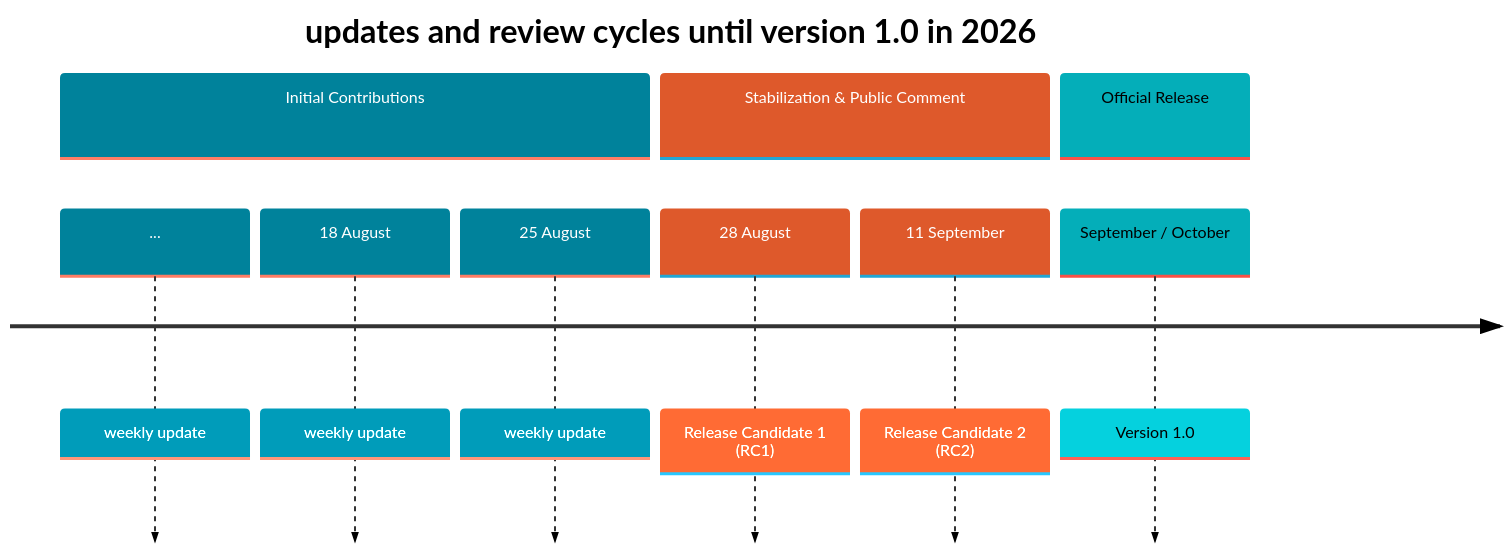
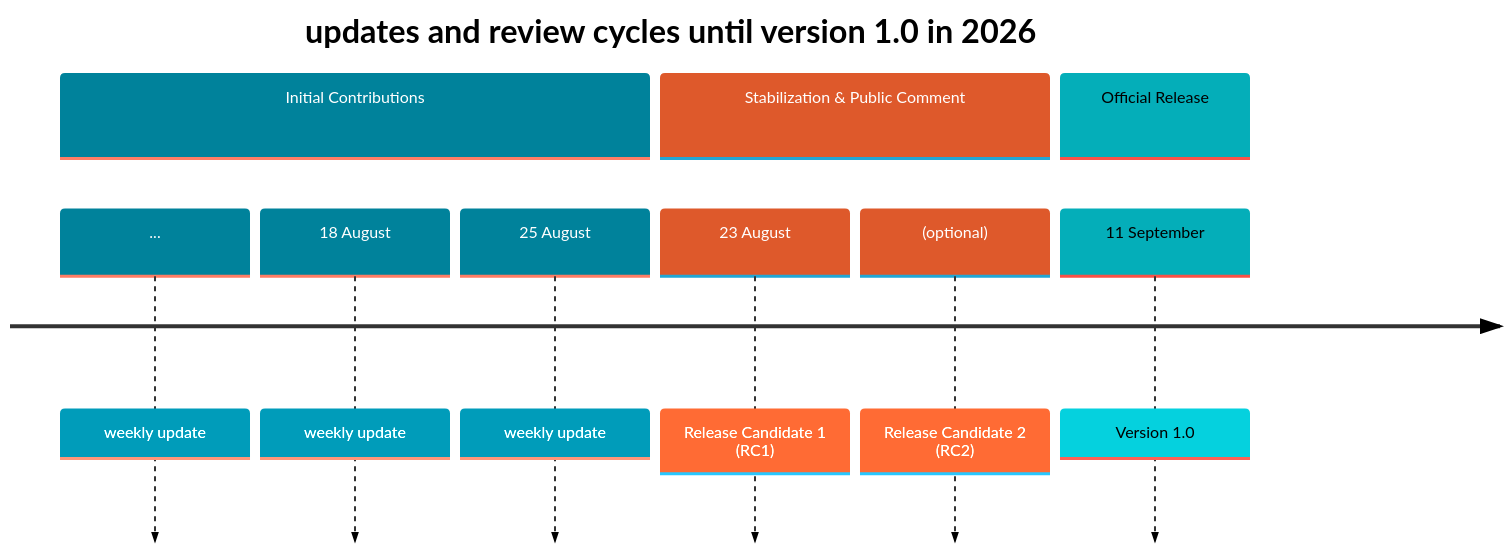
One commit to OpenChain-Project/CRA-Compliance changed the second of 2 diagrams in CONTRIBUTING.md. Above: the diagram before and after it, drawn with Mermaid.

````diff
--- a/CONTRIBUTING.md
+++ b/CONTRIBUTING.md
@@ -81,25 +81,25 @@
 ```mermaid
 ---
 config:
    theme: 'neutral'
    themeVariables:
       cScale0: '#00829B'
       cScaleLabel0: '#FFFFFF'
       cScale1: '#DE592B'
       cScaleLabel1: '#FFFFFF'
       cScale2: '#04AEB9'
       cScaleLabel2: '#000000'
 ---
 timeline
    title updates and review cycles until version 1.0 in 2026
    section Initial Contributions
       ... : weekly update
       18 August : weekly update
       25 August : weekly update
    section Stabilization & Public Comment
-      28 August : Release Candidate 1 (RC1)
-      11 September : Release Candidate 2 (RC2)
+      23 August : Release Candidate 1 (RC1)
+      (optional) : Release Candidate 2 (RC2)
    section Official Release
-      September / October : Version 1.0
+      11 September : Version 1.0
 
 ```
````
